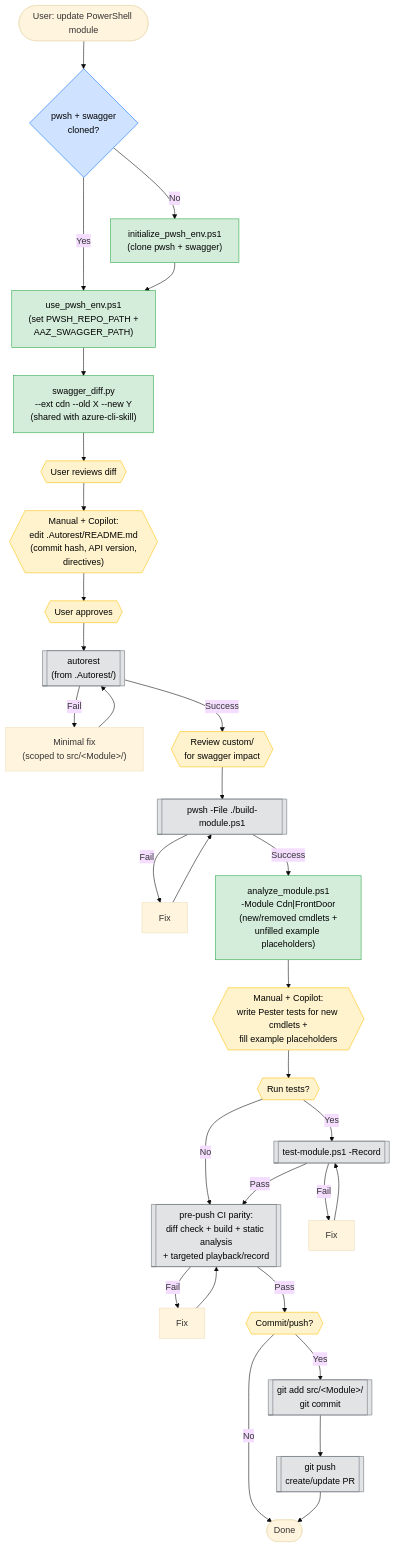
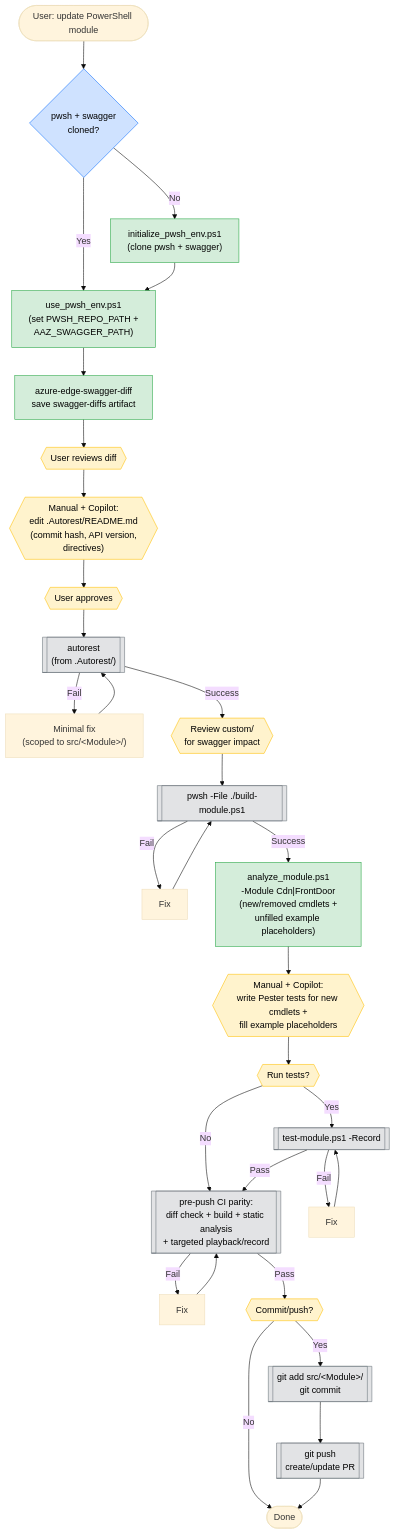
The diagram in skills/azure-pwsh-skill/references/workflow-diagram.md (Ptnan7/Skills), drawn with Mermaid (base theme) before and after one commit. The commit also changed other lines of this file and 12 other files, not shown here.

````diff
--- a/skills/azure-pwsh-skill/references/workflow-diagram.md
+++ b/skills/azure-pwsh-skill/references/workflow-diagram.md
@@ -5,45 +5,45 @@
 ```mermaid
 flowchart TD
     Start([User: update PowerShell module]) --> Init{"pwsh + swagger<br/>cloned?"}
     Init -- No --> Bootstrap["initialize_pwsh_env.ps1<br/>(clone pwsh + swagger)"]
     Init -- Yes --> Activate
     Bootstrap --> Activate["use_pwsh_env.ps1<br/>(set PWSH_REPO_PATH +<br/>AAZ_SWAGGER_PATH)"]
 
-    Activate --> Diff["swagger_diff.py<br/>--ext cdn --old X --new Y<br/>(shared with azure-cli-skill)"]
+    Activate --> Diff["azure-edge-swagger-diff<br/>save swagger-diffs artifact"]
     Diff --> Review1{{"User reviews diff"}}
 
     Review1 --> UpdateReadme{{"Manual + Copilot:<br/>edit .Autorest/README.md<br/>(commit hash, API version,<br/>directives)"}}
     UpdateReadme --> Approve1{{"User approves"}}
 
     Approve1 --> AutoRest[["autorest<br/>(from .Autorest/)"]]
     AutoRest -- Fail --> FixGen["Minimal fix<br/>(scoped to src/&lt;Module&gt;/)"]
     FixGen --> AutoRest
     AutoRest -- Success --> ReviewCustom{{"Review custom/<br/>for swagger impact"}}
 
     ReviewCustom --> Build[["pwsh -File ./build-module.ps1"]]
     Build -- Fail --> FixBuild[Fix] --> Build
     Build -- Success --> Analyze["analyze_module.ps1<br/>-Module Cdn|FrontDoor<br/>(new/removed cmdlets +<br/>unfilled example placeholders)"]
 
     Analyze --> NewTests{{"Manual + Copilot:<br/>write Pester tests for new cmdlets +<br/>fill example placeholders"}}
     NewTests --> AskTest{{"Run tests?"}}
     AskTest -- Yes --> RunTest[["test-module.ps1 -Record"]]
     AskTest -- No --> PrePushCI
     RunTest -- Fail --> FixTest[Fix] --> RunTest
     RunTest -- Pass --> PrePushCI[["pre-push CI parity:<br/>diff check + build + static analysis<br/>+ targeted playback/record"]]
     PrePushCI -- Fail --> FixCI[Fix] --> PrePushCI
     PrePushCI -- Pass --> AskCommit{{"Commit/push?"}}
 
     AskCommit -- Yes --> Commit[["git add src/&lt;Module&gt;/<br/>git commit"]]
     AskCommit -- No --> End
     Commit --> PushPR[["git push<br/>create/update PR"]]
     PushPR --> End([Done])
 
     classDef script fill:#d4edda,stroke:#28a745,color:#000;
     classDef manual fill:#fff3cd,stroke:#ffc107,color:#000;
     classDef decision fill:#cfe2ff,stroke:#0d6efd,color:#000;
     classDef tool fill:#e2e3e5,stroke:#6c757d,color:#000;
     class Bootstrap,Activate,Diff,Analyze script;
     class Review1,UpdateReadme,Approve1,ReviewCustom,NewTests,AskTest,AskCommit manual;
     class AutoRest,Build,RunTest,PrePushCI,Commit,PushPR tool;
     class Init decision;
 ```
````
